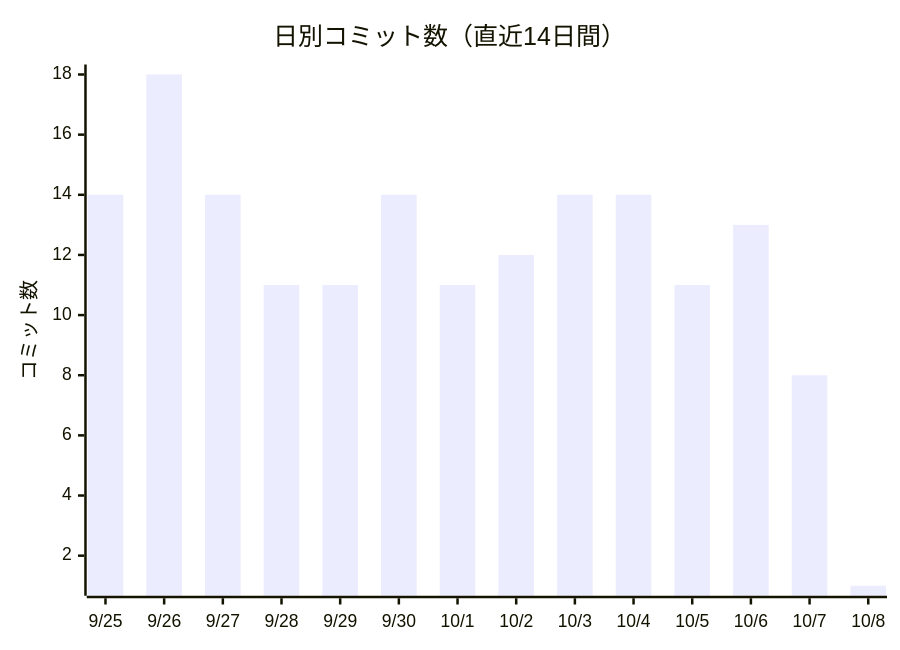
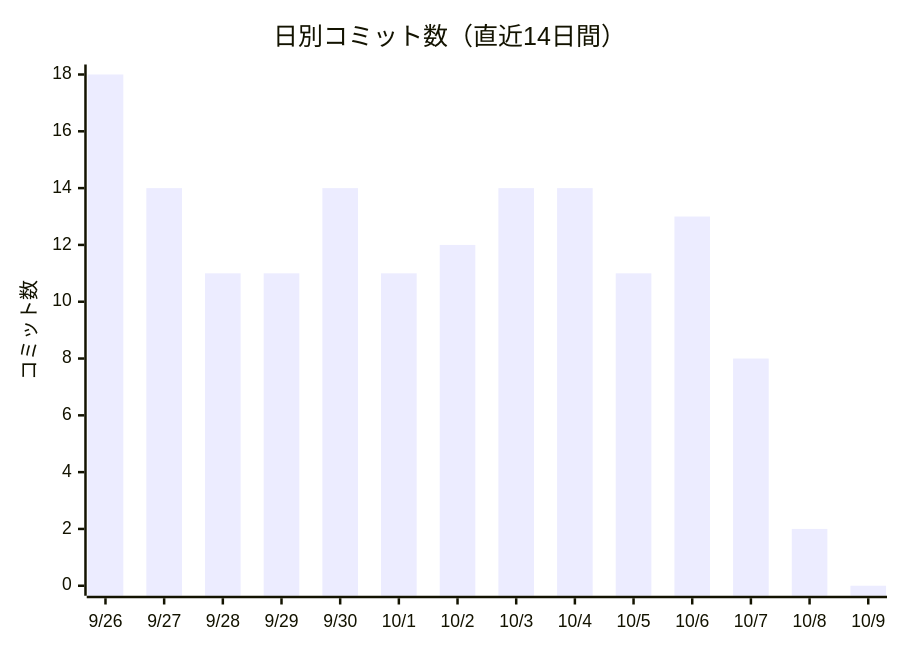
Before and after one commit to non-x2/non-x2: the first of 2 diagrams in docs/進化レポート.md, drawn with Mermaid. The commit also changed other lines of this file and 3 other files, not shown here.

````diff
--- a/docs/進化レポート.md
+++ b/docs/進化レポート.md
@@ -23,7 +23,7 @@
 ```mermaid
 xychart-beta
     title "日別コミット数（直近14日間）"
-    x-axis ["9/25", "9/26", "9/27", "9/28", "9/29", "9/30", "10/1", "10/2", "10/3", "10/4", "10/5", "10/6", "10/7", "10/8"]
+    x-axis ["9/26", "9/27", "9/28", "9/29", "9/30", "10/1", "10/2", "10/3", "10/4", "10/5", "10/6", "10/7", "10/8", "10/9"]
     y-axis "コミット数"
-    bar [14, 18, 14, 11, 11, 14, 11, 12, 14, 14, 11, 13, 8, 1]
+    bar [18, 14, 11, 11, 14, 11, 12, 14, 14, 11, 13, 8, 2, 0]
 ```
````
